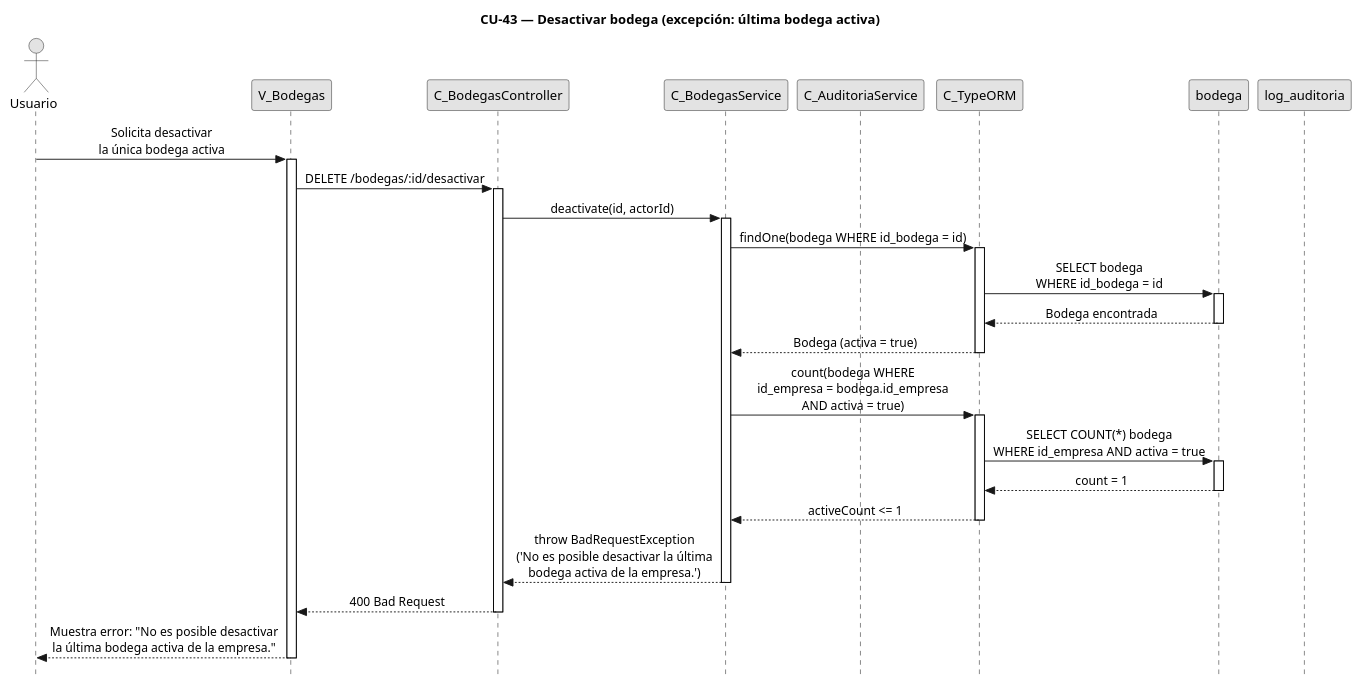
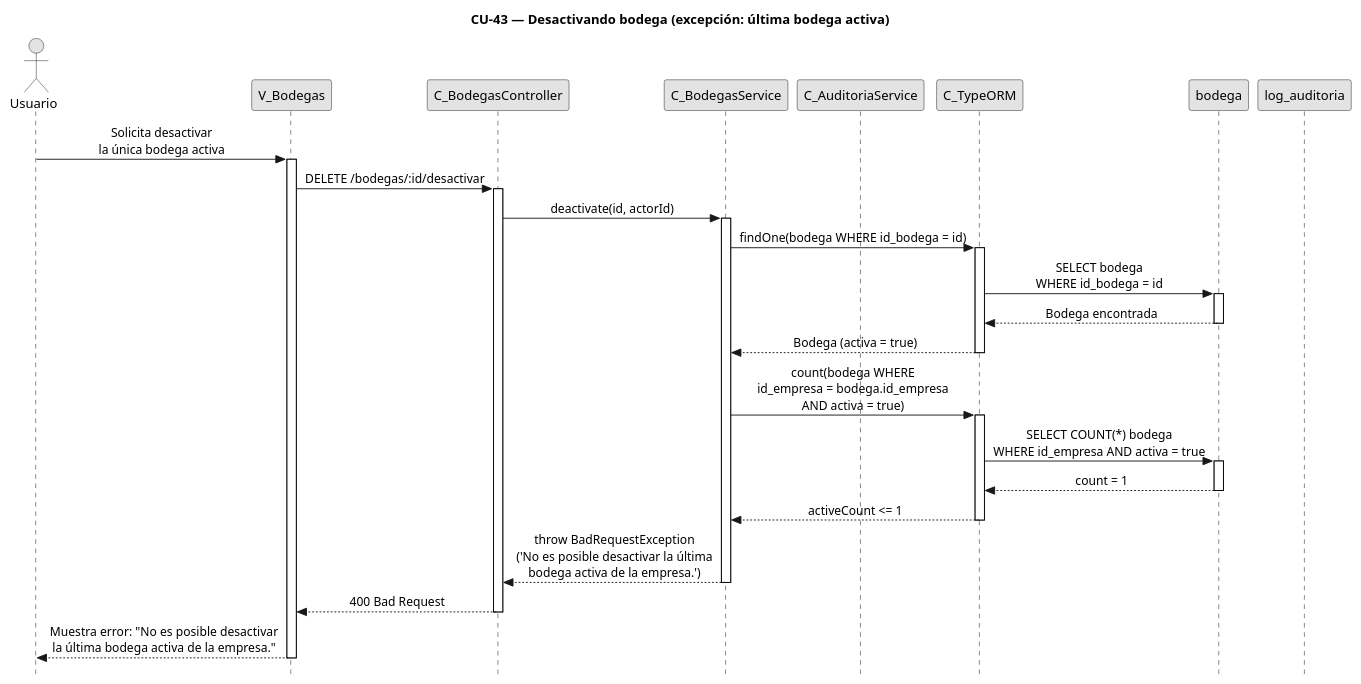
Before and after one commit to FSM-Finet-y-Cable-Magico/Team_1-Inventario-y-Bodega: the diagram in diagramas/diagramas-secuencia/CU43/CU43-exc-ultima-bodega.puml, drawn with PlantUML. The commit also changed 155 other files, not shown here.

Commit message:
fix: titulos de diagramas de secuencia en gerundio

```diff
--- a/diagramas/diagramas-secuencia/CU43/CU43-exc-ultima-bodega.puml
+++ b/diagramas/diagramas-secuencia/CU43/CU43-exc-ultima-bodega.puml
@@ -1,63 +1,63 @@
 @startuml CU43-exc-ultima-bodega
-title CU-43 — Desactivar bodega (excepción: última bodega activa)
+title CU-43 — Desactivando bodega (excepción: última bodega activa)
 
 skinparam style strictuml
 skinparam monochrome true
 skinparam shadowing false
 skinparam sequenceMessageAlign center
 skinparam sequence {
   MessageAlign center
   LifeLineBorderColor black
 }
 hide footbox
 
 actor "Usuario" as user
 participant "V_Bodegas" as view
 participant "C_BodegasController" as ctrl
 participant "C_BodegasService" as svc
 participant "C_AuditoriaService" as aud
 participant "C_TypeORM" as orm
 participant "bodega" as bent
 participant "log_auditoria" as aent
 
 user -> view : Solicita desactivar\nla única bodega activa
 activate view
 
 view -> ctrl : DELETE /bodegas/:id/desactivar
 activate ctrl
 
 ctrl -> svc : deactivate(id, actorId)
 activate svc
 
 svc -> orm : findOne(bodega WHERE id_bodega = id)
 activate orm
 
 orm -> bent : SELECT bodega\nWHERE id_bodega = id
 activate bent
 bent --> orm : Bodega encontrada
 deactivate bent
 
 orm --> svc : Bodega (activa = true)
 deactivate orm
 
 svc -> orm : count(bodega WHERE\nid_empresa = bodega.id_empresa\nAND activa = true)
 activate orm
 
 orm -> bent : SELECT COUNT(*) bodega\nWHERE id_empresa AND activa = true
 activate bent
 bent --> orm : count = 1
 deactivate bent
 
 orm --> svc : activeCount <= 1
 deactivate orm
 
 svc --> ctrl : throw BadRequestException\n('No es posible desactivar la última\nbodega activa de la empresa.')
 deactivate svc
 
 ctrl --> view : 400 Bad Request
 deactivate ctrl
 
 view --> user : Muestra error: "No es posible desactivar\nla última bodega activa de la empresa."
 deactivate view
 
 @enduml
```
